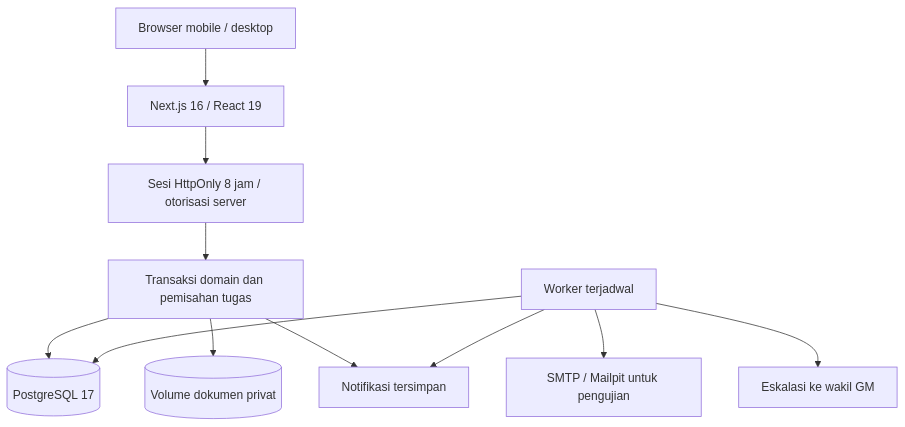
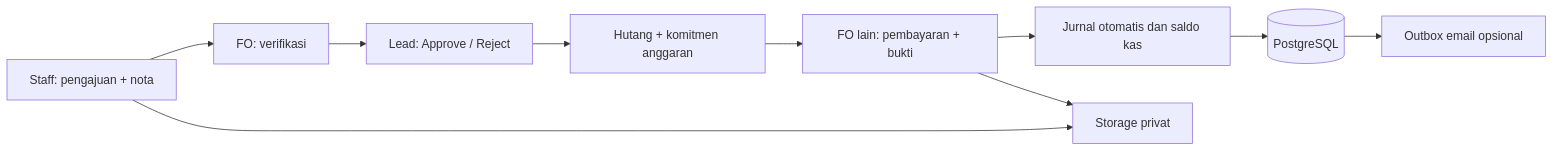
Before and after one commit to dozwood12-cpu/Test-FAB: the first of 3 diagrams in docs/ARCHITECTURE.md, drawn with Mermaid. The commit also changed other lines of this file and 55 other files, not shown here.

````diff
--- a/docs/ARCHITECTURE.md
+++ b/docs/ARCHITECTURE.md
@@ -7,13 +5,12 @@
 ```mermaid
-flowchart TD
- Browser[Browser mobile / desktop] --> Web[Next.js 16 / React 19]
- Web --> Auth[Sesi HttpOnly 8 jam / otorisasi server]
- Auth --> Workflow[Transaksi domain dan pemisahan tugas]
- Workflow --> DB[(PostgreSQL 17)]
- Workflow --> Uploads[(Volume dokumen privat)]
- Workflow --> Outbox[Notifikasi tersimpan]
- Worker[Worker terjadwal] --> DB
- Worker --> Outbox
- Worker --> SMTP[SMTP / Mailpit untuk pengujian]
- Worker --> Escalation[Eskalasi ke wakil GM]
+flowchart LR
+ Staff[Staff: pengajuan + nota] --> FO[FO: verifikasi]
+ FO --> Lead[Lead: Approve / Reject]
+ Lead --> AP[Hutang + komitmen anggaran]
+ AP --> Pay[FO lain: pembayaran + bukti]
+ Pay --> GL[Jurnal otomatis dan saldo kas]
+ GL --> DB[(PostgreSQL)]
+ Staff --> Private[Storage privat]
+ Pay --> Private
+ DB --> Email[Outbox email opsional]
 ```
````
